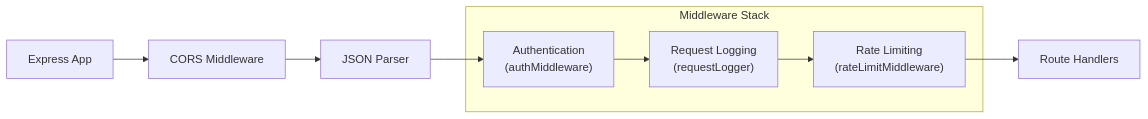
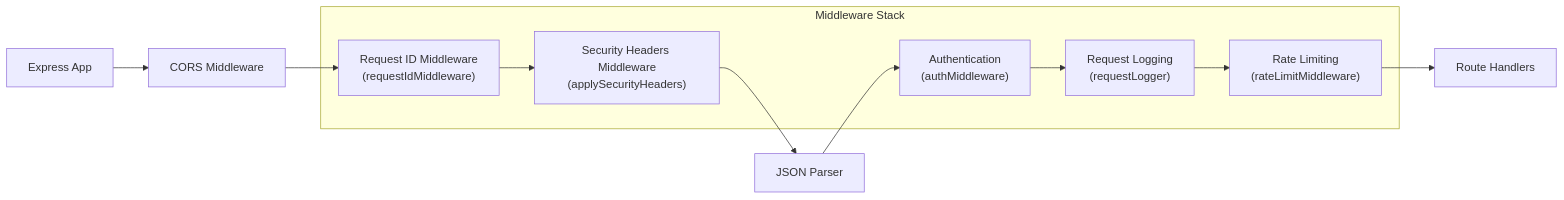
Before and after one commit to gaigenticai/escrowgrid: the seventh of 8 diagrams in .qoder/repowiki/en/content/Architecture/Backend Architecture/Middleware/Middleware.md, drawn with Mermaid. The commit also changed other lines of this file and 4 other files, not shown here.

````diff
--- a/.qoder/repowiki/en/content/Architecture/Backend Architecture/Middleware/Middleware.md
+++ b/.qoder/repowiki/en/content/Architecture/Backend Architecture/Middleware/Middleware.md
@@ -271,14 +434,18 @@
 ```mermaid
 flowchart LR
 A["Express App"] --> B["CORS Middleware"]
-B --> C["JSON Parser"]
-C --> D["Authentication<br/>(authMiddleware)"]
-D --> E["Request Logging<br/>(requestLogger)"]
-E --> F["Rate Limiting<br/>(rateLimitMiddleware)"]
-F --> G["Route Handlers"]
+B --> C["Request ID Middleware<br/>(requestIdMiddleware)"]
+C --> D["Security Headers Middleware<br/>(applySecurityHeaders)"]
+D --> E["JSON Parser"]
+E --> F["Authentication<br/>(authMiddleware)"]
+F --> G["Request Logging<br/>(requestLogger)"]
+G --> H["Rate Limiting<br/>(rateLimitMiddleware)"]
+H --> I["Route Handlers"]
 subgraph "Middleware Stack"
+C
 D
-E
 F
+G
+H
 end
 ```
````
